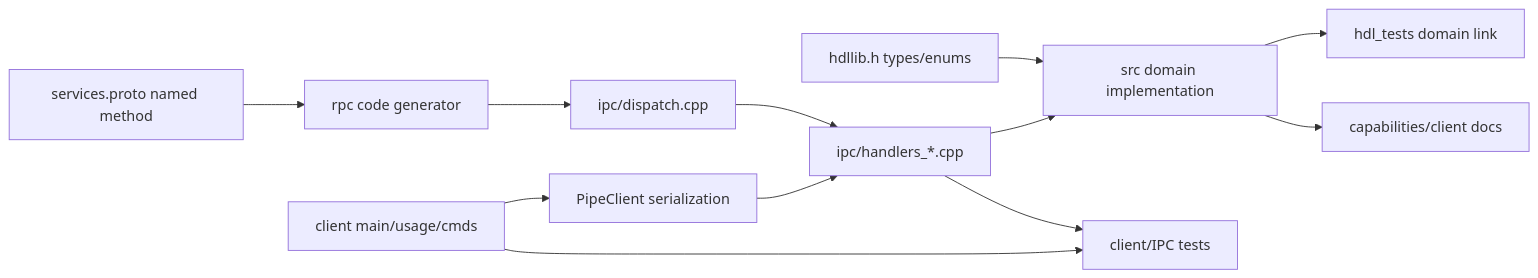
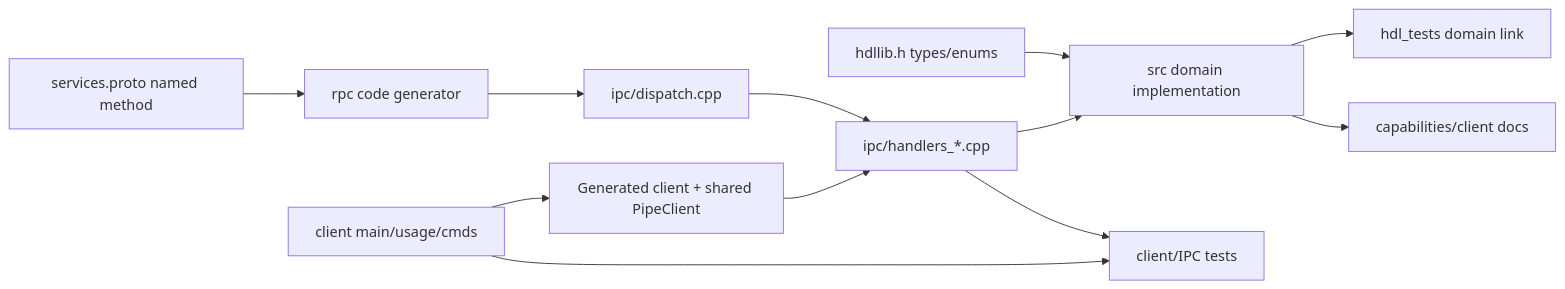
The diagram in docs/development.md (random-things/hdllib-ng), drawn with Mermaid before and after one commit. The commit also changed other lines of this file and 92 other files, not shown here.

````diff
--- a/docs/development.md
+++ b/docs/development.md
@@ -59,16 +59,16 @@
 ```mermaid
 flowchart LR
     Types["hdllib.h types/enums"] --> Domain["src domain implementation"]
     Schema["services.proto named method"] --> Generate["rpc code generator"]
     Generate --> Dispatch["ipc/dispatch.cpp"]
     Dispatch --> Handler["ipc/handlers_*.cpp"]
     Handler --> Domain
 
-    Command["client main/usage/cmds"] --> Pipe["PipeClient serialization"]
+    Command["client main/usage/cmds"] --> Pipe["Generated client + shared PipeClient"]
     Pipe --> Handler
 
     Domain --> LocalTests["hdl_tests domain link"]
     Handler --> LiveTests["client/IPC tests"]
     Command --> LiveTests
     Domain --> Docs["capabilities/client docs"]
 ```
````
